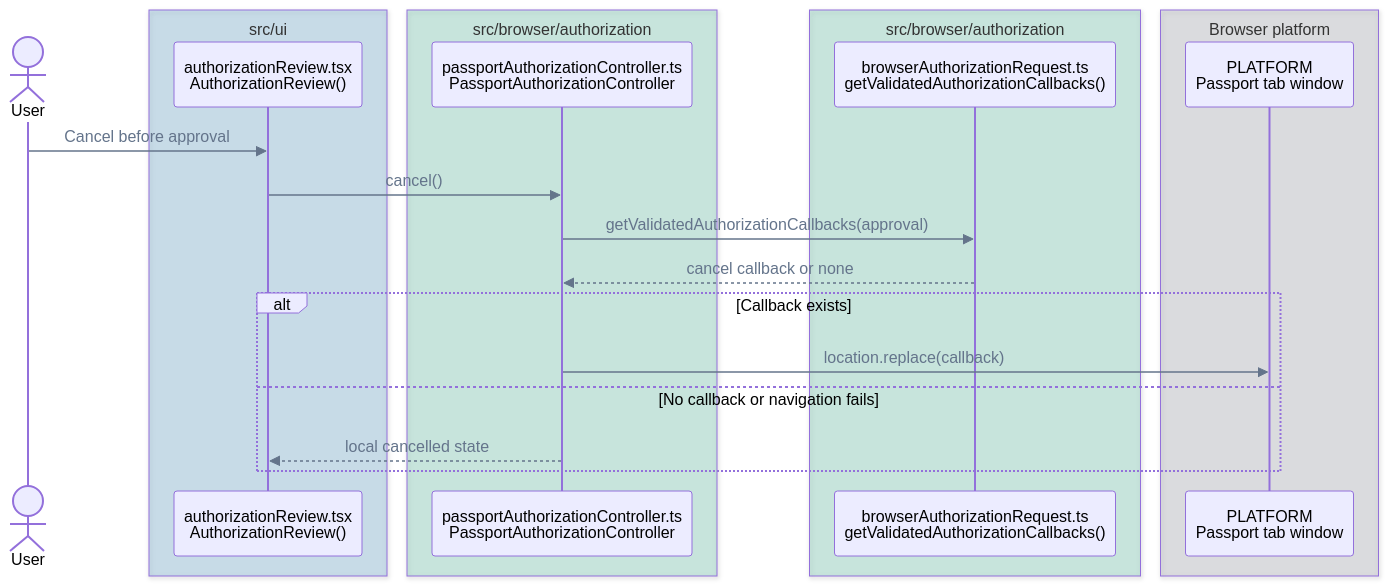
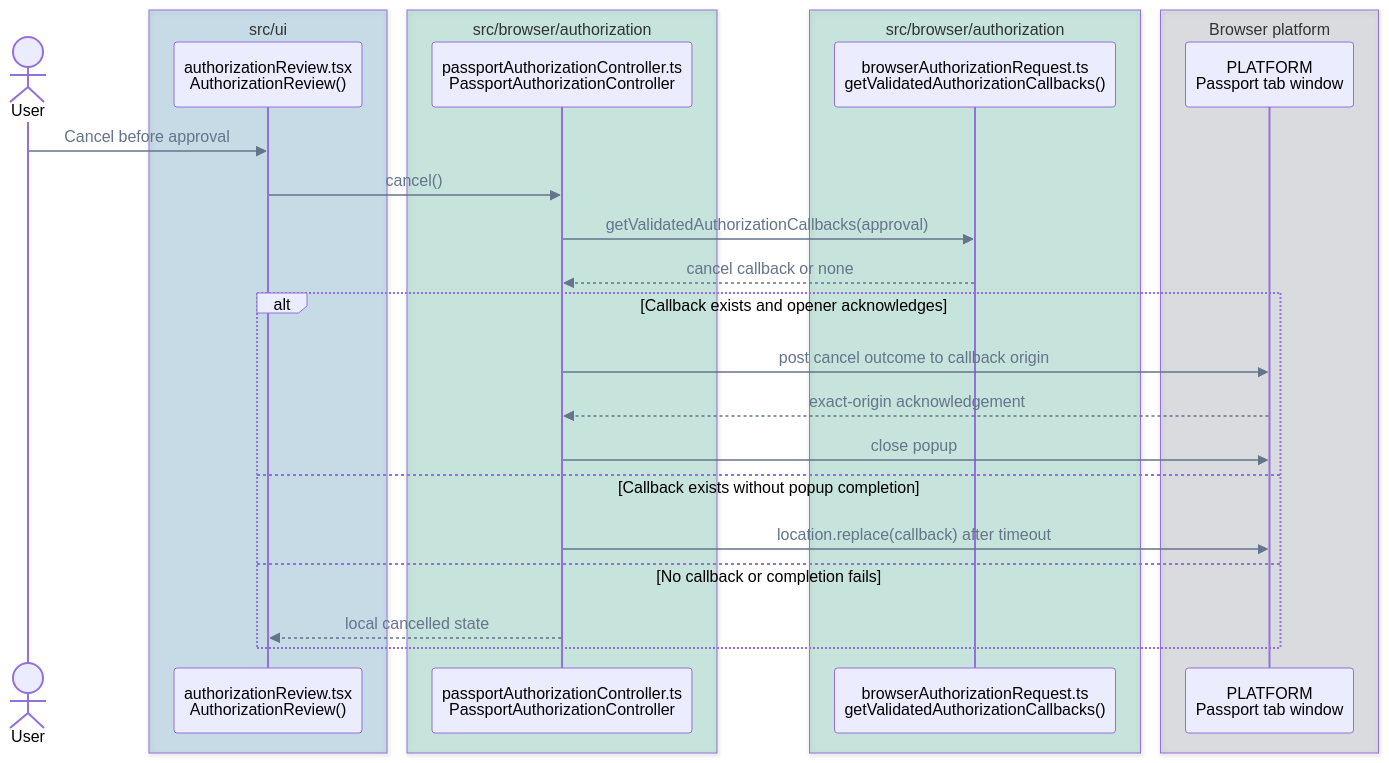
Before and after one commit to pubky/pubky-passport: the sixth of 14 diagrams in FLOWS.md, drawn with Mermaid. The commit also changed other lines of this file and 3 other files, not shown here.

First line of the commit message:
docs: align authorization architecture

````diff
--- a/FLOWS.md
+++ b/FLOWS.md
@@ -272,29 +275,33 @@
 ```mermaid
 %%{init: {"themeVariables": {"signalColor": "#64748B", "signalTextColor": "#64748B"}}}%%
 sequenceDiagram
     accTitle: Authorization cancellation call flow
-    accDescr: Cancellation retrieves only the browser-owned validated cancel callback and redirects or renders a local cancelled state without restoring a key.
+    accDescr: Cancellation retrieves only the browser-owned validated cancel callback and closes a popup, redirects, or renders a local cancelled state without restoring a key.
     actor User
     box rgba(0, 114, 178, 0.18) src/ui
         participant Review as authorizationReview.tsx<br/>AuthorizationReview()
     end
     box rgba(0, 158, 115, 0.18) src/browser/authorization
         participant Controller as passportAuthorizationController.ts<br/>PassportAuthorizationController
     end
     box rgba(0, 158, 115, 0.18) src/browser/authorization
         participant Callbacks as browserAuthorizationRequest.ts<br/>getValidatedAuthorizationCallbacks()
     end
     box rgba(107, 114, 128, 0.18) Browser platform
         participant Window as PLATFORM<br/>Passport tab window
     end
 
     User->>Review: Cancel before approval
     Review->>Controller: cancel()
     Controller->>Callbacks: getValidatedAuthorizationCallbacks(approval)
     Callbacks-->>Controller: cancel callback or none
-    alt Callback exists
-        Controller->>Window: location.replace(callback)
-    else No callback or navigation fails
+    alt Callback exists and opener acknowledges
+        Controller->>Window: post cancel outcome to callback origin
+        Window-->>Controller: exact-origin acknowledgement
+        Controller->>Window: close popup
+    else Callback exists without popup completion
+        Controller->>Window: location.replace(callback) after timeout
+    else No callback or completion fails
         Controller-->>Review: local cancelled state
     end
 ```
````
